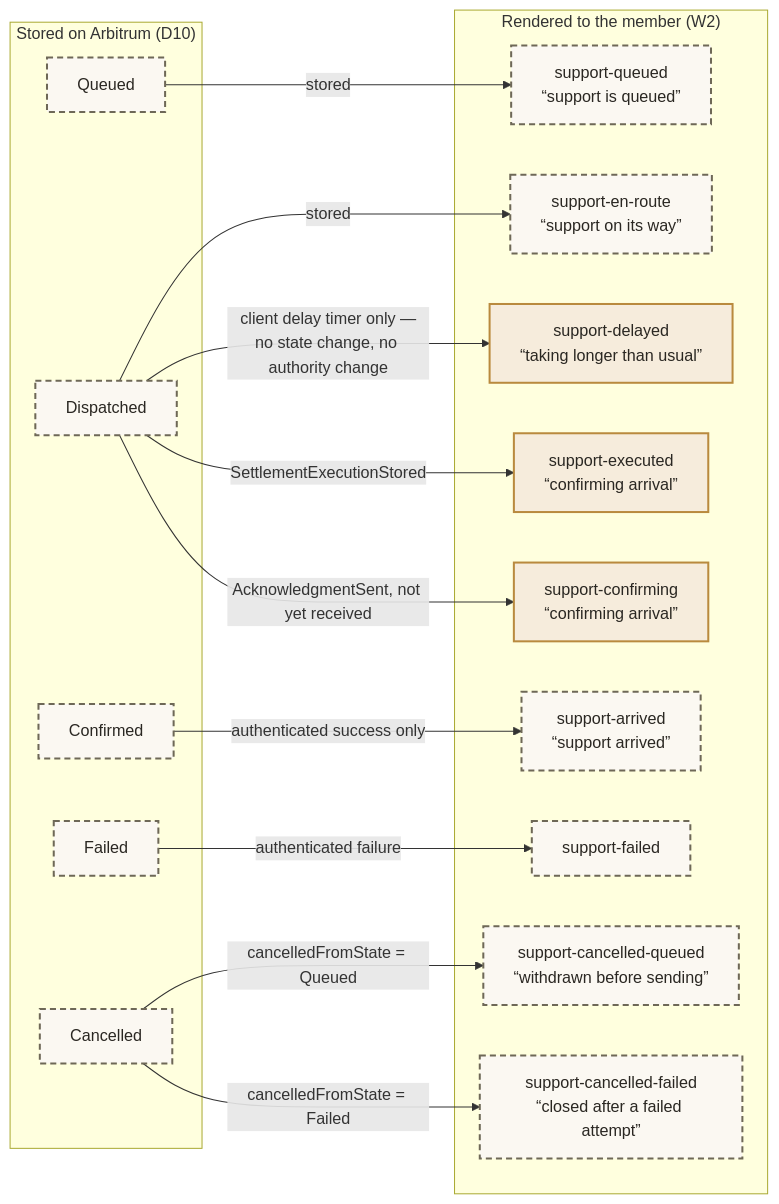
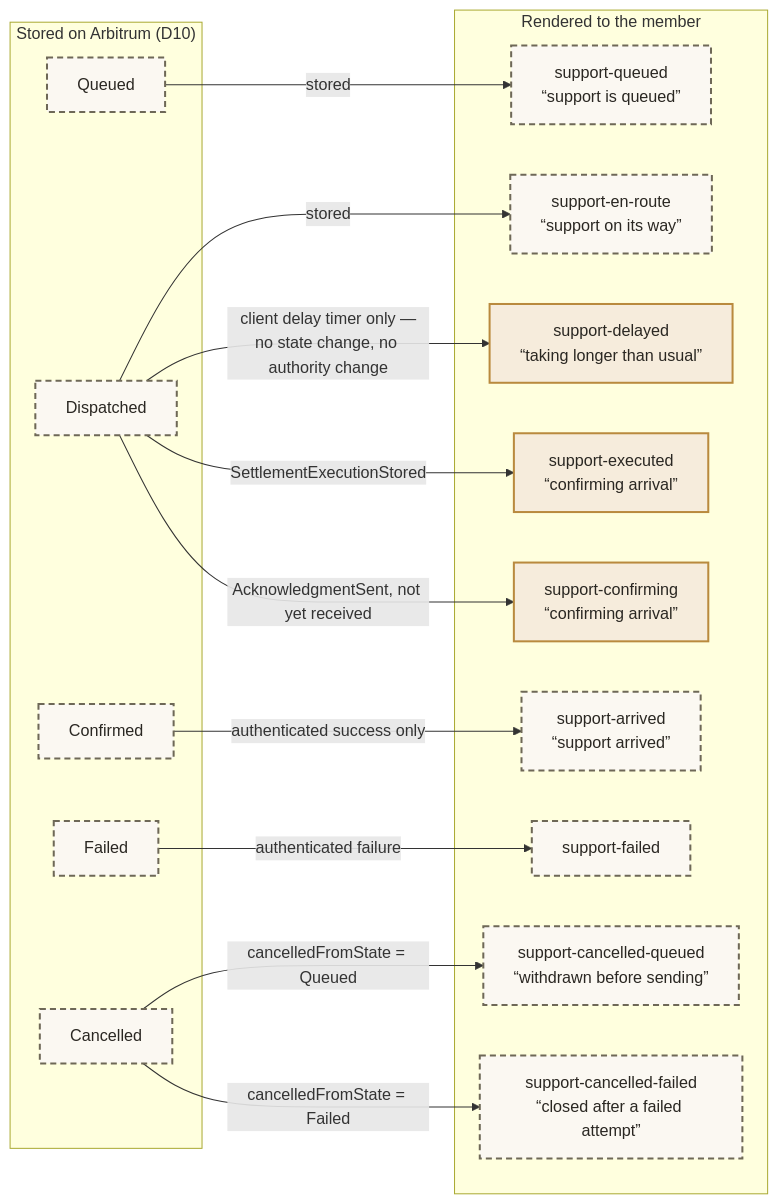
Before and after one commit to greenpill-dev-guild/green-goods: diagram 25 of 34 in .plans/active/commitment-pooling/diagrams.md, drawn with Mermaid. The commit also changed other lines of this file and 4 other files, not shown here.

````diff
--- a/.plans/active/commitment-pooling/diagrams.md
+++ b/.plans/active/commitment-pooling/diagrams.md
@@ -1260,37 +1256,37 @@
 ```mermaid
 flowchart LR
   subgraph ON["Stored on Arbitrum (D10)"]
     Q["Queued"]
     D["Dispatched"]
     C["Confirmed"]
     F["Failed"]
     X["Cancelled"]
   end
 
-  subgraph UI["Rendered to the member (W2)"]
+  subgraph UI["Rendered to the member"]
     S1["support-queued<br/>“support is queued”"]
     S2["support-en-route<br/>“support on its way”"]
     S3["support-delayed<br/>“taking longer than usual”"]
     S4["support-executed<br/>“confirming arrival”"]
     S5["support-confirming<br/>“confirming arrival”"]
     S6["support-arrived<br/>“support arrived”"]
     S7["support-failed"]
     S8["support-cancelled-queued<br/>“withdrawn before sending”"]
     S9["support-cancelled-failed<br/>“closed after a failed attempt”"]
   end
 
   Q -->|"stored"| S1
   D -->|"stored"| S2
   D -->|"client delay timer only —<br/>no state change, no authority change"| S3
   D -->|"SettlementExecutionStored"| S4
   D -->|"AcknowledgmentSent, not yet received"| S5
   C -->|"authenticated success only"| S6
   F -->|"authenticated failure"| S7
   X -->|"cancelledFromState = Queued"| S8
   X -->|"cancelledFromState = Failed"| S9
 
   classDef planned fill:#fbf8f2,stroke:#6e6857,stroke-width:2px,stroke-dasharray:6 4,color:#2a2722
   classDef derived fill:#f6ecdc,stroke:#b98a3e,stroke-width:2px,color:#2a2722
   class Q,D,C,F,X,S1,S2,S6,S7,S8,S9 planned
   class S3,S4,S5 derived
 ```
````
